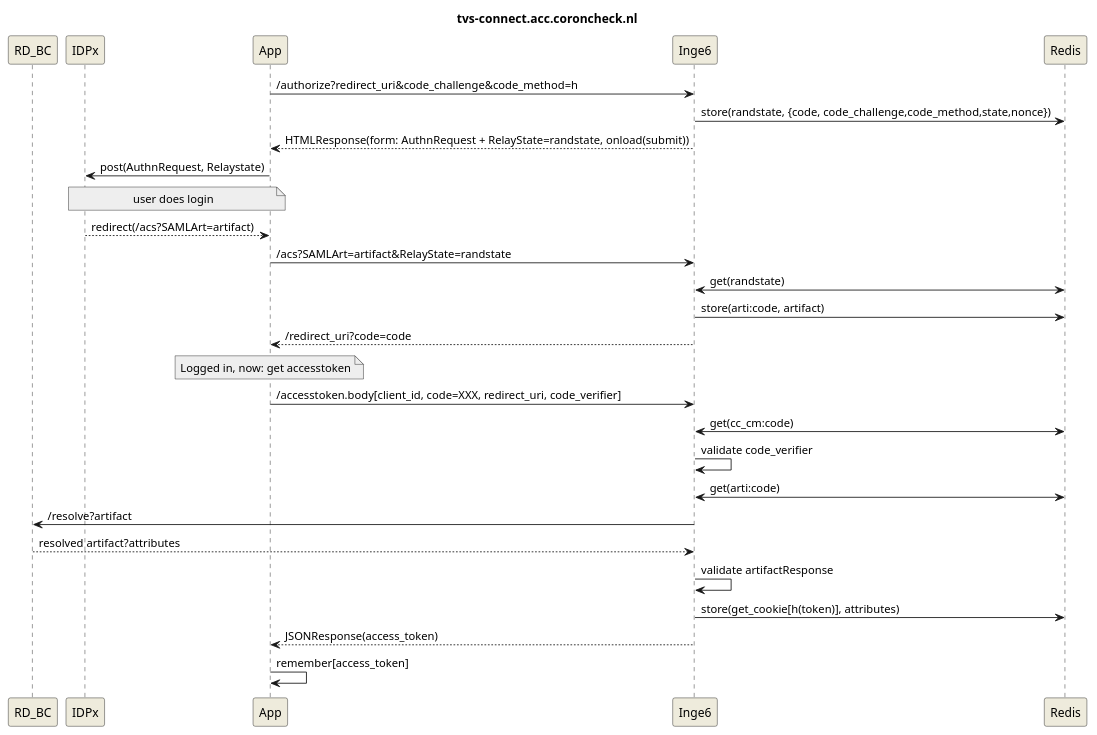
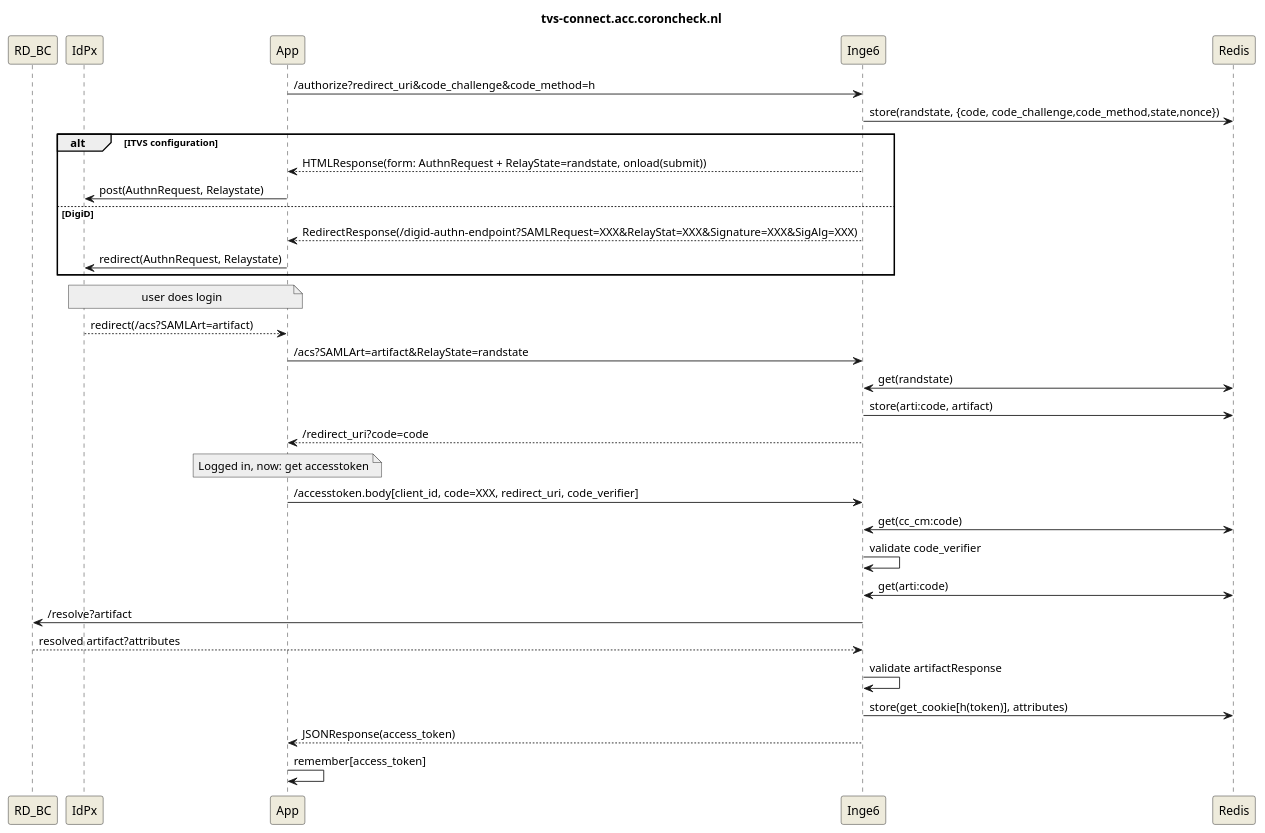
The diagram in docs/tvs-oidc-puml.wsd (minvws/nl-rdo-max), drawn with PlantUML before and after one commit. The commit also changed 11 other files, not shown here.

```diff
--- a/docs/tvs-oidc-puml.wsd
+++ b/docs/tvs-oidc-puml.wsd
@@ -1,40 +1,50 @@
 @startuml
 title tvs-connect.acc.coroncheck.nl
 
 skinparam backgroundColor white
 skinparam participantBackgroundColor #EEEBDC
 skinparam noteBackgroundColor #EEE
 
 participant RD_BC
-participant IDPx
+participant IdPx
 participant App
 
 App->Inge6:/authorize?redirect_uri&code_challenge&code_method=h
 Inge6->Redis:store(randstate, {code, code_challenge,code_method,state,nonce})
-Inge6-->App:HTMLResponse(form: AuthnRequest + RelayState=randstate, onload(submit))
 
-App->IDPx:post(AuthnRequest, Relaystate)
-note over App, IDPx:user does login
-IDPx-->App:redirect(/acs?SAMLArt=artifact)
+alt ITVS configuration
+
+    Inge6-->App:HTMLResponse(form: AuthnRequest + RelayState=randstate, onload(submit))
+    App->IdPx:post(AuthnRequest, Relaystate)
+
+else DigiD
+
+    Inge6-->App:RedirectResponse(/digid-authn-endpoint?SAMLRequest=XXX&RelayStat=XXX&Signature=XXX&SigAlg=XXX)
+    App->IdPx:redirect(AuthnRequest, Relaystate)
+
+end
+
+note over App, IdPx:user does login
+IdPx-->App:redirect(/acs?SAMLArt=artifact)
 App->Inge6:/acs?SAMLArt=artifact&RelayState=randstate
 
 Inge6<->Redis:get(randstate)
 
 Inge6->Redis:store(arti:code, artifact)
 Inge6-->App:/redirect_uri?code=code
 
 note over App: Logged in, now: get accesstoken
 App->Inge6:/accesstoken.body[client_id, code=XXX, redirect_uri, code_verifier]
 Redis<->Inge6:get(cc_cm:code)
 Inge6->Inge6:validate code_verifier
 
 Redis<->Inge6:get(arti:code)
 Inge6->RD_BC:/resolve?artifact
 Inge6<--RD_BC:resolved artifact?attributes
 Inge6->Inge6:validate artifactResponse
 
 Inge6->Redis:store(get_cookie[h(token)], attributes)
 
 Inge6-->App:JSONResponse(access_token)
 App->App:remember[access_token]
 @enduml
```
